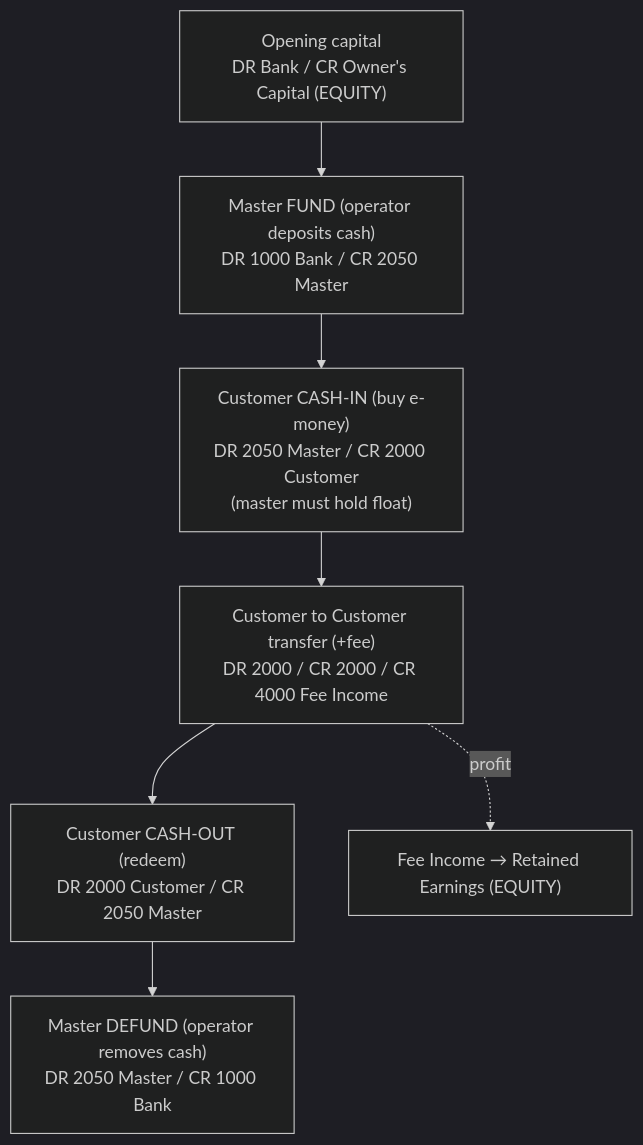
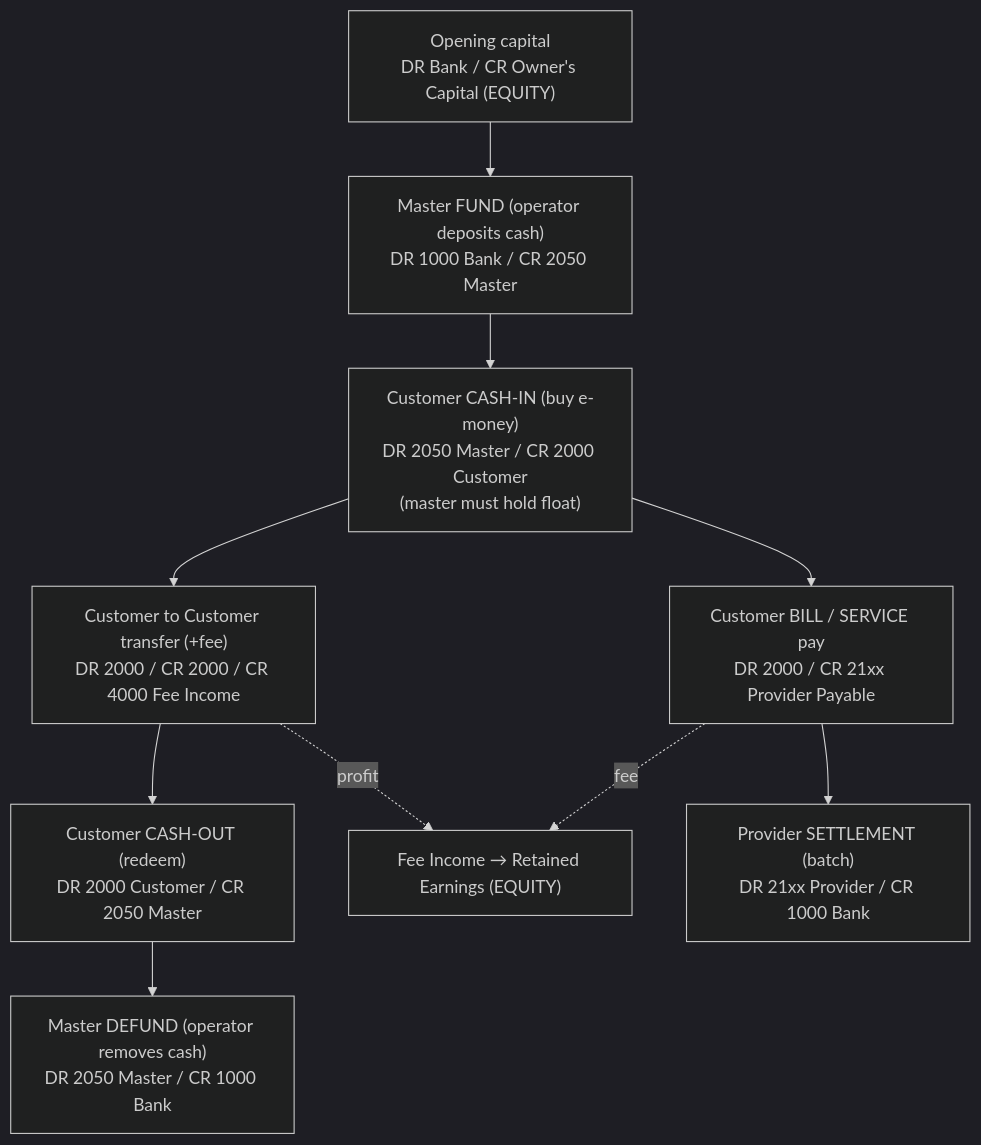
One commit to Altigani-coreNet/E-wallet-PHP changed the diagram in ACCOUNTING_WORKFLOW_PLAN.md. Above: the diagram before and after it, drawn with Mermaid (dark theme). The commit also changed other lines of this file and 21 other files, not shown here.

````diff
--- a/ACCOUNTING_WORKFLOW_PLAN.md
+++ b/ACCOUNTING_WORKFLOW_PLAN.md
@@ -47,10 +55,13 @@
 ```mermaid
 flowchart TD
     Open["Opening capital<br/>DR Bank / CR Owner's Capital (EQUITY)"] --> Fund
     Fund["Master FUND (operator deposits cash)<br/>DR 1000 Bank / CR 2050 Master"] --> Buy
     Buy["Customer CASH-IN (buy e-money)<br/>DR 2050 Master / CR 2000 Customer<br/>(master must hold float)"] --> Txn
     Txn["Customer to Customer transfer (+fee)<br/>DR 2000 / CR 2000 / CR 4000 Fee Income"] --> WD
     WD["Customer CASH-OUT (redeem)<br/>DR 2000 Customer / CR 2050 Master"] --> Defund
     Defund["Master DEFUND (operator removes cash)<br/>DR 2050 Master / CR 1000 Bank"]
     Txn -. profit .-> Fee["Fee Income → Retained Earnings (EQUITY)"]
+    Buy --> Bill["Customer BILL / SERVICE pay<br/>DR 2000 / CR 21xx Provider Payable"]
+    Bill --> Settle["Provider SETTLEMENT (batch)<br/>DR 21xx Provider / CR 1000 Bank"]
+    Bill -. fee .-> Fee
 ```
````
